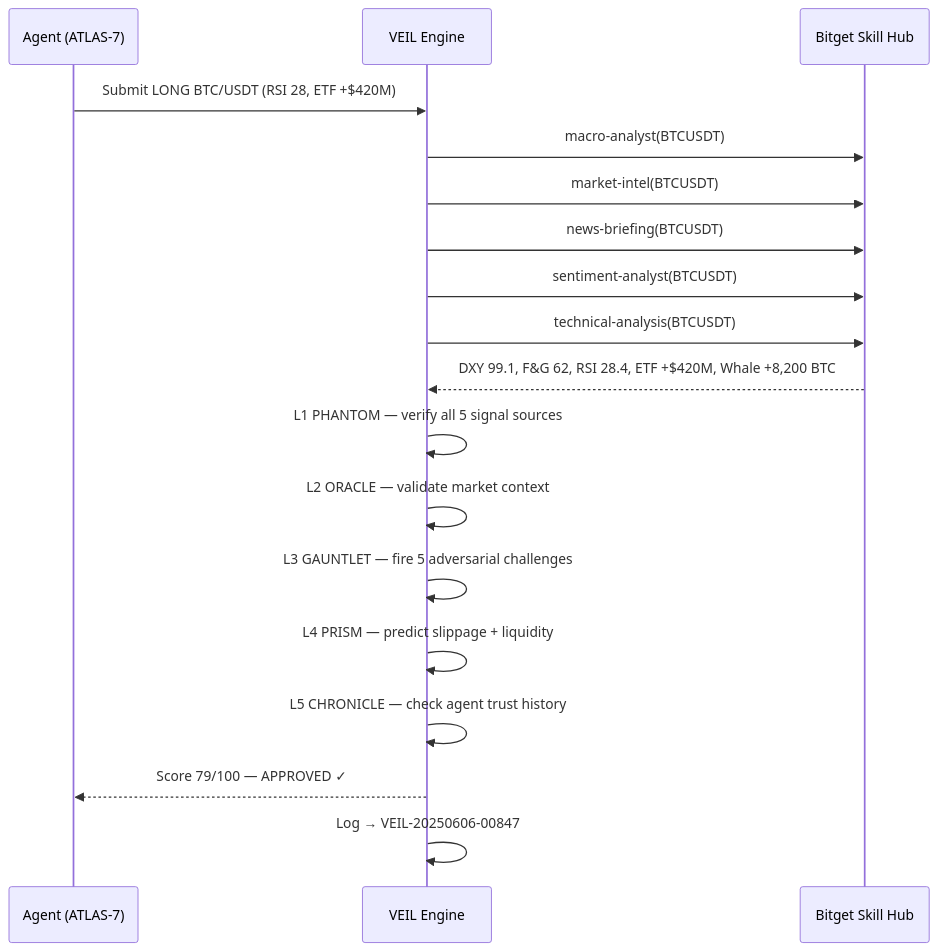
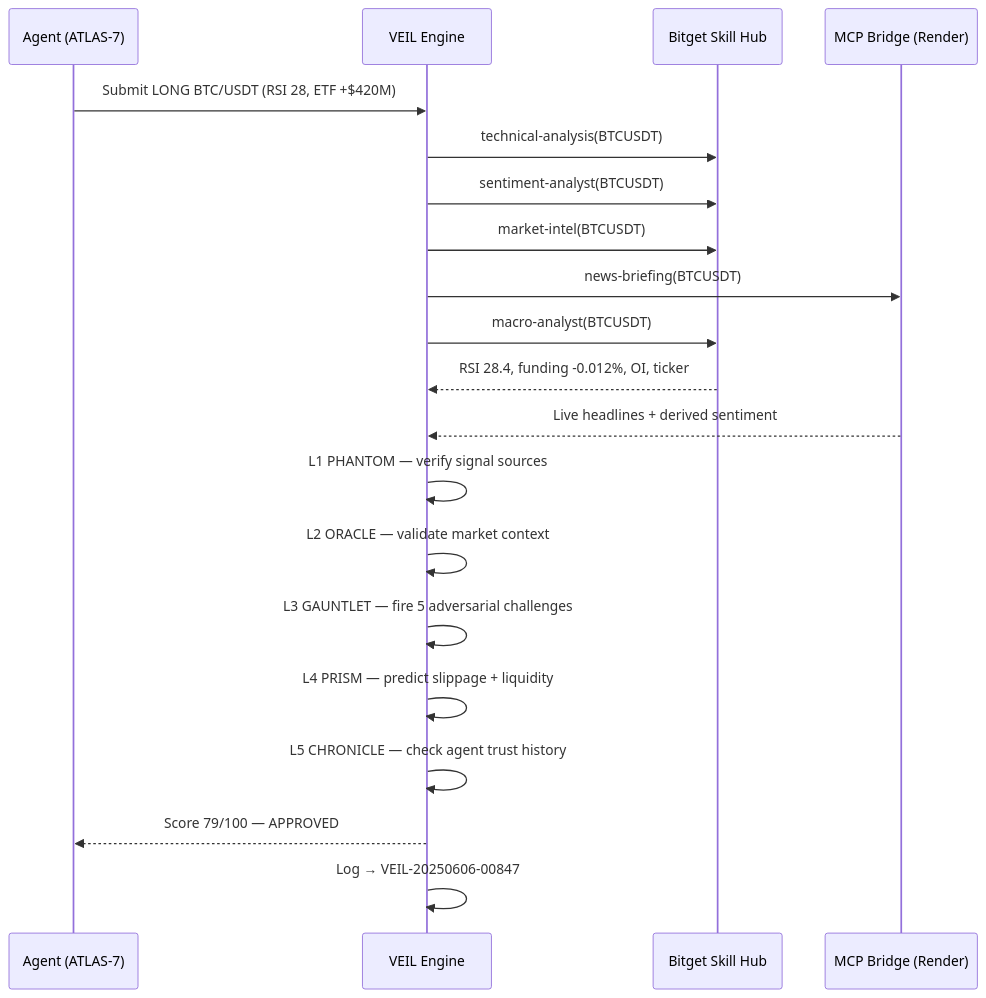
One commit to 0xkinno/veil changed the second of 2 diagrams in README.md. Above: the diagram before and after it, drawn with Mermaid. The commit also changed other lines of this file and 19 other files, not shown here.

````diff
--- a/README.md
+++ b/README.md
@@ -82,21 +101,23 @@
 ```mermaid
 sequenceDiagram
     participant A as Agent (ATLAS-7)
     participant V as VEIL Engine
     participant BH as Bitget Skill Hub
+    participant MCP as MCP Bridge (Render)
 
     A->>V: Submit LONG BTC/USDT (RSI 28, ETF +$420M)
+    V->>BH: technical-analysis(BTCUSDT)
+    V->>BH: sentiment-analyst(BTCUSDT)
+    V->>BH: market-intel(BTCUSDT)
+    V->>MCP: news-briefing(BTCUSDT)
     V->>BH: macro-analyst(BTCUSDT)
-    V->>BH: market-intel(BTCUSDT)
-    V->>BH: news-briefing(BTCUSDT)
-    V->>BH: sentiment-analyst(BTCUSDT)
-    V->>BH: technical-analysis(BTCUSDT)
-    BH-->>V: DXY 99.1, F&G 62, RSI 28.4, ETF +$420M, Whale +8,200 BTC
-    V->>V: L1 PHANTOM — verify all 5 signal sources
+    BH-->>V: RSI 28.4, funding -0.012%, OI, ticker
+    MCP-->>V: Live headlines + derived sentiment
+    V->>V: L1 PHANTOM — verify signal sources
     V->>V: L2 ORACLE — validate market context
     V->>V: L3 GAUNTLET — fire 5 adversarial challenges
     V->>V: L4 PRISM — predict slippage + liquidity
     V->>V: L5 CHRONICLE — check agent trust history
-    V-->>A: Score 79/100 — APPROVED ✓
+    V-->>A: Score 79/100 — APPROVED
     V->>V: Log → VEIL-20250606-00847
 ```
````
